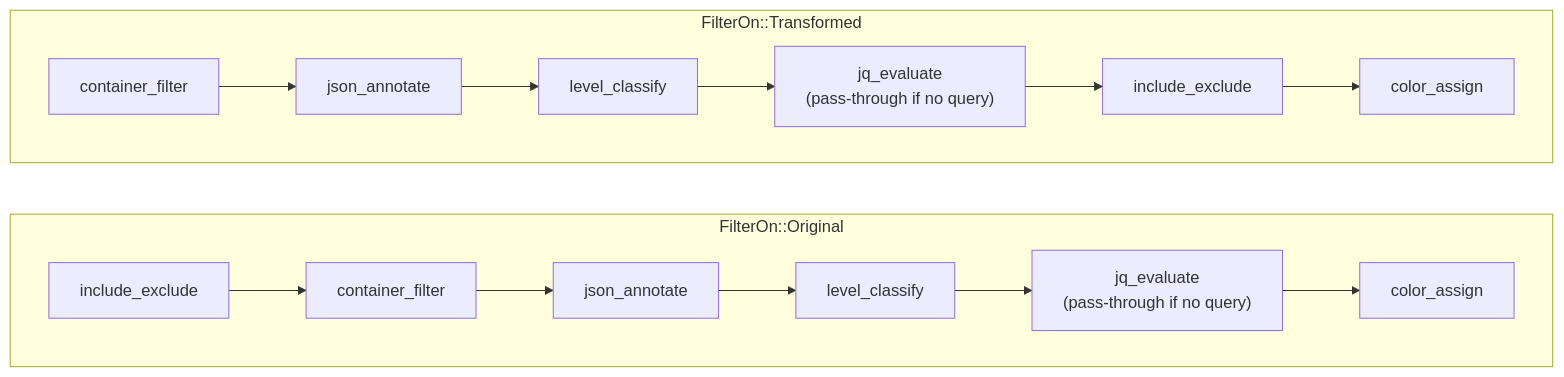
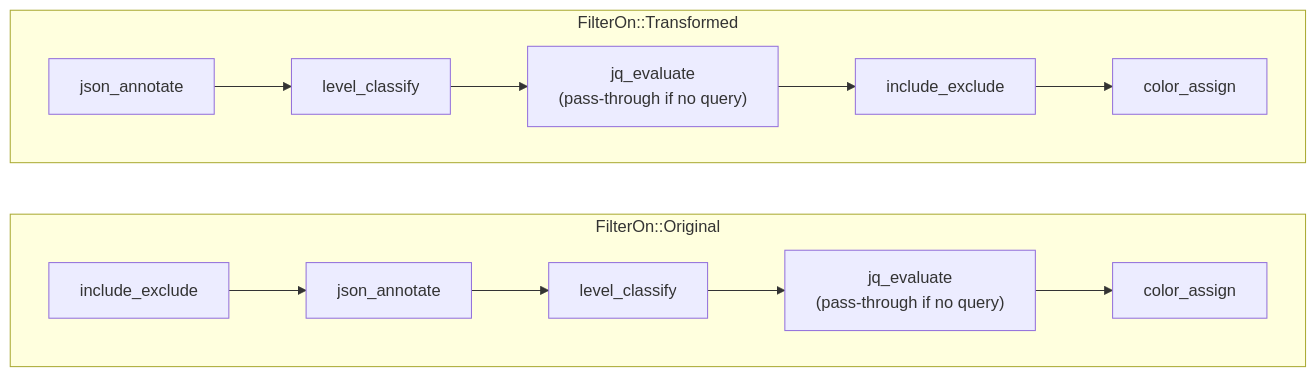
Before and after one commit to daisuke8000/rustern: the second of 5 diagrams in crates/rustern-core/README.md, drawn with Mermaid. The commit also changed other lines of this file and 8 other files, not shown here.

````diff
--- a/crates/rustern-core/README.md
+++ b/crates/rustern-core/README.md
@@ -139,20 +139,18 @@
 ```mermaid
 flowchart LR
     subgraph Branch1 [FilterOn::Original]
         direction LR
-        O1[include_exclude] --> O2[container_filter]
-        O2 --> O3[json_annotate]
-        O3 --> O4[level_classify]
-        O4 --> O5["jq_evaluate<br/>(pass-through if no query)"]
-        O5 --> O6[color_assign]
+        O1[include_exclude] --> O2[json_annotate]
+        O2 --> O3[level_classify]
+        O3 --> O4["jq_evaluate<br/>(pass-through if no query)"]
+        O4 --> O5[color_assign]
     end
 
     subgraph Branch2 [FilterOn::Transformed]
         direction LR
-        T1[container_filter] --> T2[json_annotate]
-        T2 --> T3[level_classify]
-        T3 --> T4["jq_evaluate<br/>(pass-through if no query)"]
-        T4 --> T5[include_exclude]
-        T5 --> T6[color_assign]
+        T1[json_annotate] --> T2[level_classify]
+        T2 --> T3["jq_evaluate<br/>(pass-through if no query)"]
+        T3 --> T4[include_exclude]
+        T4 --> T5[color_assign]
     end
 ```
````
